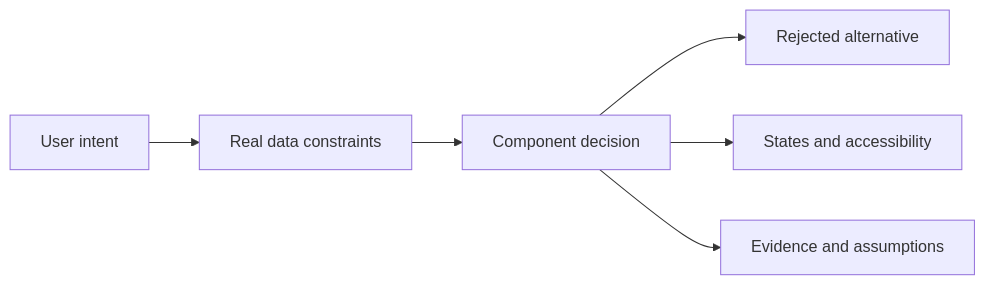
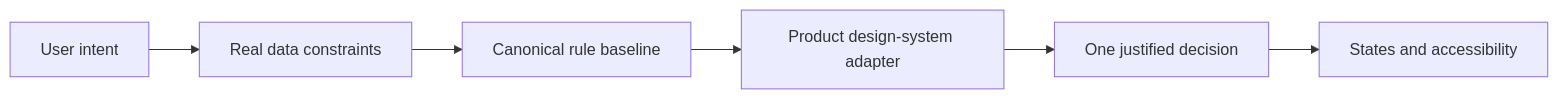
Before and after one commit to ProgWon/choose-ui: the diagram in README.md, drawn with Mermaid. The commit also changed other lines of this file and 18 other files, not shown here.

````diff
--- a/README.md
+++ b/README.md
@@ -24,8 +31,8 @@
 ```mermaid
 flowchart LR
   A["User intent"] --> B["Real data constraints"]
-  B --> C["Component decision"]
-  C --> D["Rejected alternative"]
-  C --> E["States and accessibility"]
-  C --> F["Evidence and assumptions"]
+  B --> C["Canonical rule baseline"]
+  C --> D["Product design-system adapter"]
+  D --> E["One justified decision"]
+  E --> F["States and accessibility"]
 ```
````
